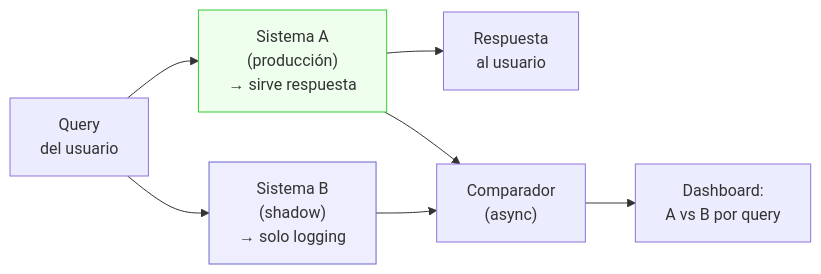
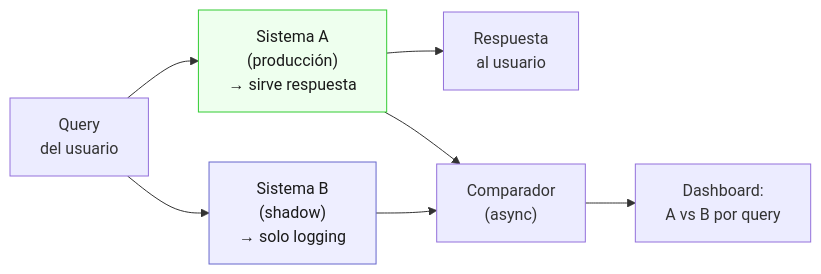
Before and after one commit to Alonsomar/estudio-personal: the third of 8 diagrams in 01-evals/theory/11-online-evals.md, drawn with Mermaid. The commit also changed other lines of this file and 20 other files, not shown here.

First line of the commit message:
fix(docs): texto oscuro en nodos Mermaid para legibilidad en modo oscuro

````diff
--- a/01-evals/theory/11-online-evals.md
+++ b/01-evals/theory/11-online-evals.md
@@ -82,15 +82,15 @@
 ```mermaid
 graph LR
     U["Query<br/>del usuario"]
     U --> A["Sistema A<br/>(producción)<br/>→ sirve respuesta"]
     U --> B["Sistema B<br/>(shadow)<br/>→ solo logging"]
     
     A --> R["Respuesta<br/>al usuario"]
     
     A --> C["Comparador<br/>(async)"]
     B --> C
     C --> D["Dashboard:<br/>A vs B por query"]
     
-    style A fill:#efe,stroke:#3c3
-    style B fill:#eef,stroke:#66c
+    style A fill:#efe,stroke:#3c3,color:#1a1a1a
+    style B fill:#eef,stroke:#66c,color:#1a1a1a
 ```
````
